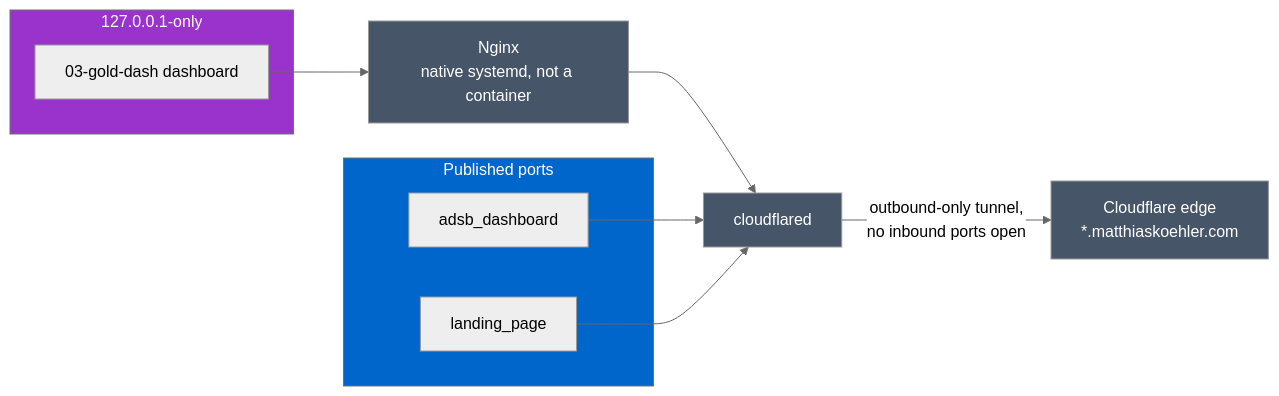
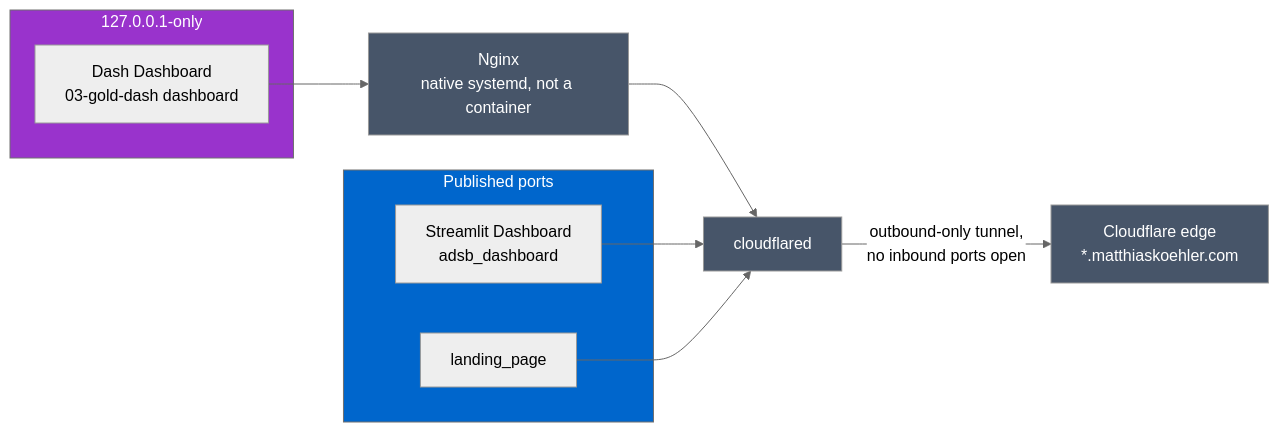
The sixth of 7 diagrams in docs/architecture/README.md (MatthiasSails/airline-data-platform), drawn with Mermaid (neutral theme) before and after one commit. The commit also changed other lines of this file, not shown here.

Commit message:
docs(architecture): lead diagram labels with tech name, not container name
Streamlit Dashboard, FastAPI, Dash Dashboard now lead the node
labels (container/folder name kept as secondary line) — consistent
naming across both diagrams, easier to scan at a glance.

````diff
--- a/docs/architecture/README.md
+++ b/docs/architecture/README.md
@@ -224,24 +224,24 @@
 ```mermaid
 graph LR
     subgraph PUBLISHED["Published ports"]
-        DASH1["adsb_dashboard"]
+        DASH1["Streamlit Dashboard<br/>adsb_dashboard"]
         LAND["landing_page"]
     end
     subgraph LOCALONLY["127.0.0.1-only"]
-        DASH2["03-gold-dash dashboard"]
+        DASH2["Dash Dashboard<br/>03-gold-dash dashboard"]
     end
     NGINX["Nginx<br/>native systemd, not a container"]
     CF["cloudflared"]
     EDGE["Cloudflare edge<br/>*.matthiaskoehler.com"]
 
     DASH2 --> NGINX --> CF
     DASH1 --> CF
     LAND --> CF
     CF -->|outbound-only tunnel,<br/>no inbound ports open| EDGE
 
     style PUBLISHED fill:#0066CC,color:#fff
     style LOCALONLY fill:#9933CC,color:#fff
     style NGINX fill:#475569,color:#fff
     style CF fill:#475569,color:#fff
     style EDGE fill:#475569,color:#fff
 ```
````
